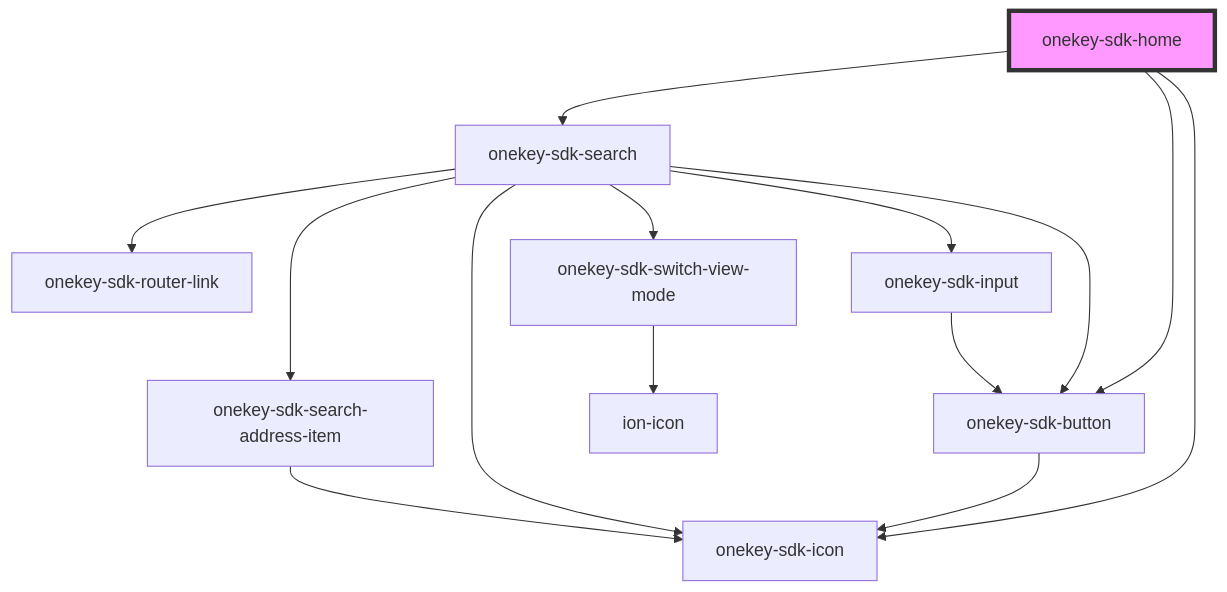
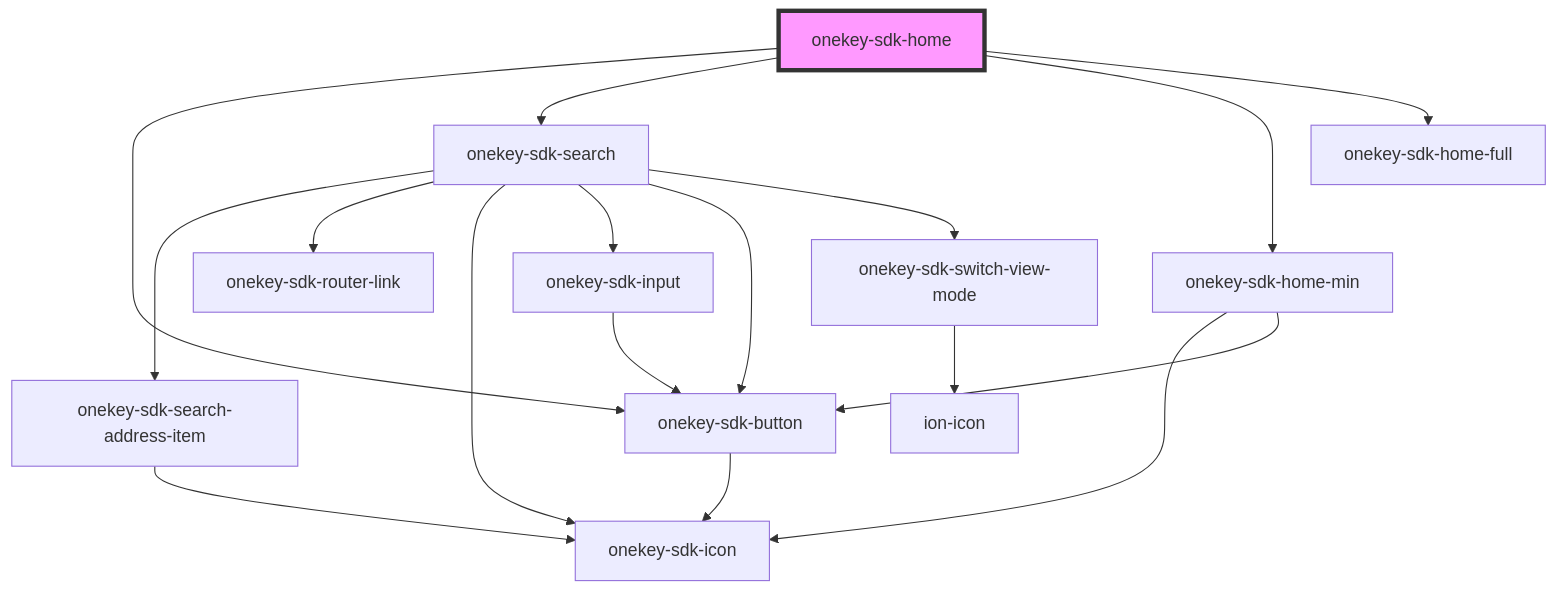
The diagram in packages/onekey-sdk-core-ui/docs/components/screens/onekey-sdk-home/readme.md (hcl-sdk/HealthCareLocatorWebSDK), drawn with Mermaid before and after one commit. The commit also changed other lines of this file and 6 other files, not shown here.

````diff
--- a/packages/onekey-sdk-core-ui/docs/components/screens/onekey-sdk-home/readme.md
+++ b/packages/onekey-sdk-core-ui/docs/components/screens/onekey-sdk-home/readme.md
@@ -17,17 +18,20 @@
 ```mermaid
 graph TD;
   onekey-sdk-home --> onekey-sdk-button
   onekey-sdk-home --> onekey-sdk-search
-  onekey-sdk-home --> onekey-sdk-icon
+  onekey-sdk-home --> onekey-sdk-home-min
+  onekey-sdk-home --> onekey-sdk-home-full
   onekey-sdk-button --> onekey-sdk-icon
   onekey-sdk-search --> onekey-sdk-search-address-item
   onekey-sdk-search --> onekey-sdk-router-link
   onekey-sdk-search --> onekey-sdk-icon
   onekey-sdk-search --> onekey-sdk-input
   onekey-sdk-search --> onekey-sdk-button
   onekey-sdk-search --> onekey-sdk-switch-view-mode
   onekey-sdk-search-address-item --> onekey-sdk-icon
   onekey-sdk-input --> onekey-sdk-button
   onekey-sdk-switch-view-mode --> ion-icon
+  onekey-sdk-home-min --> onekey-sdk-icon
+  onekey-sdk-home-min --> onekey-sdk-button
   style onekey-sdk-home fill:#f9f,stroke:#333,stroke-width:4px
 ```
````
